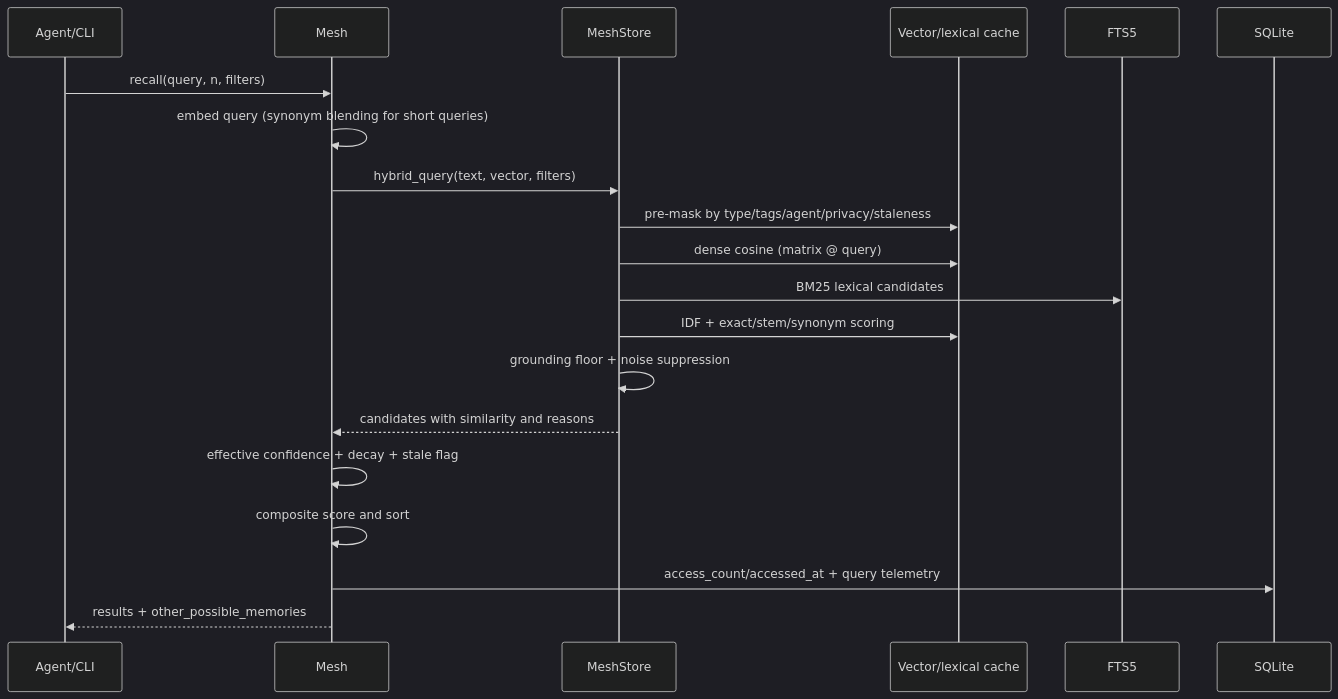
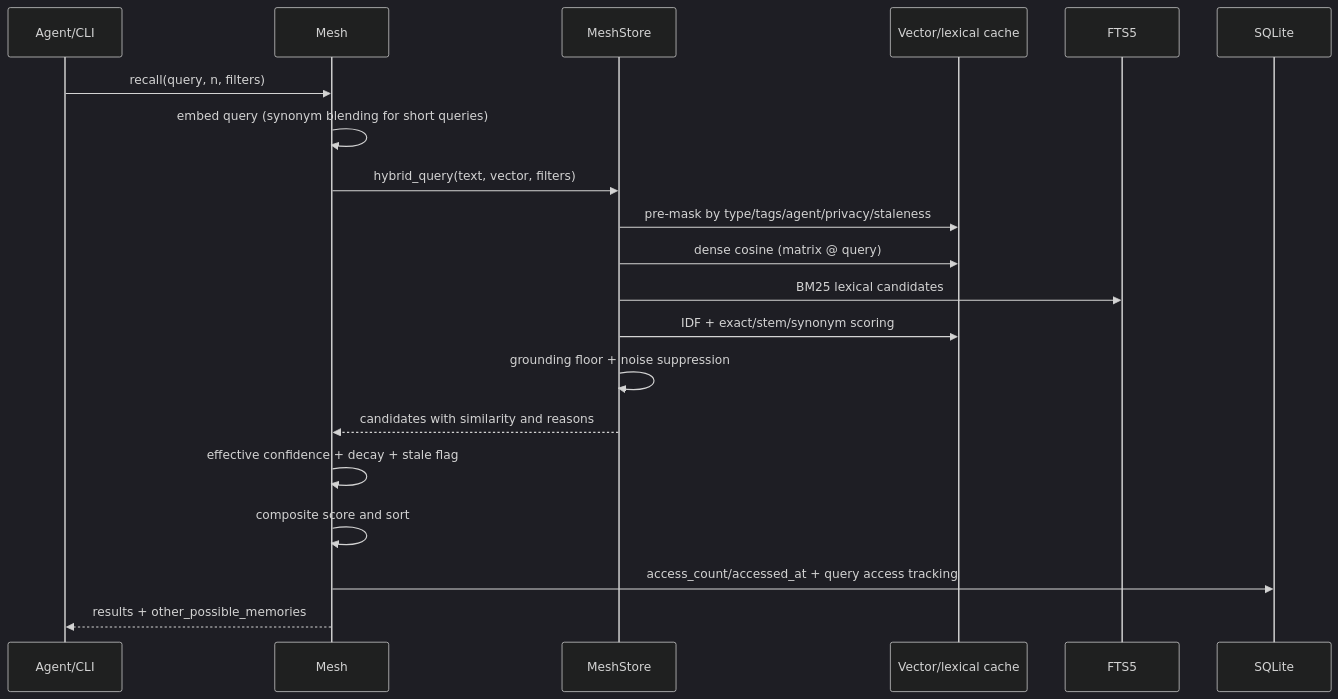
The fourth of 6 diagrams in ARCHITECTURE.md (billighost/Mesh), drawn with Mermaid (dark theme) before and after one commit. The commit also changed other lines of this file and 12 other files, not shown here.

Commit message:
feat(audit): apply Fixes A.1-A.4 for access tracking, doc URLs, backup hardening, and CI bandit artifacts

````diff
--- a/ARCHITECTURE.md
+++ b/ARCHITECTURE.md
@@ -246,23 +246,23 @@
 ```mermaid
 sequenceDiagram
     participant A as Agent/CLI
     participant M as Mesh
     participant S as MeshStore
     participant C as Vector/lexical cache
     participant F as FTS5
     participant D as SQLite
 
     A->>M: recall(query, n, filters)
     M->>M: embed query (synonym blending for short queries)
     M->>S: hybrid_query(text, vector, filters)
     S->>C: pre-mask by type/tags/agent/privacy/staleness
     S->>C: dense cosine (matrix @ query)
     S->>F: BM25 lexical candidates
     S->>C: IDF + exact/stem/synonym scoring
     S->>S: grounding floor + noise suppression
     S-->>M: candidates with similarity and reasons
     M->>M: effective confidence + decay + stale flag
     M->>M: composite score and sort
-    M->>D: access_count/accessed_at + query telemetry
+    M->>D: access_count/accessed_at + query access tracking
     M-->>A: results + other_possible_memories
 ```
````
